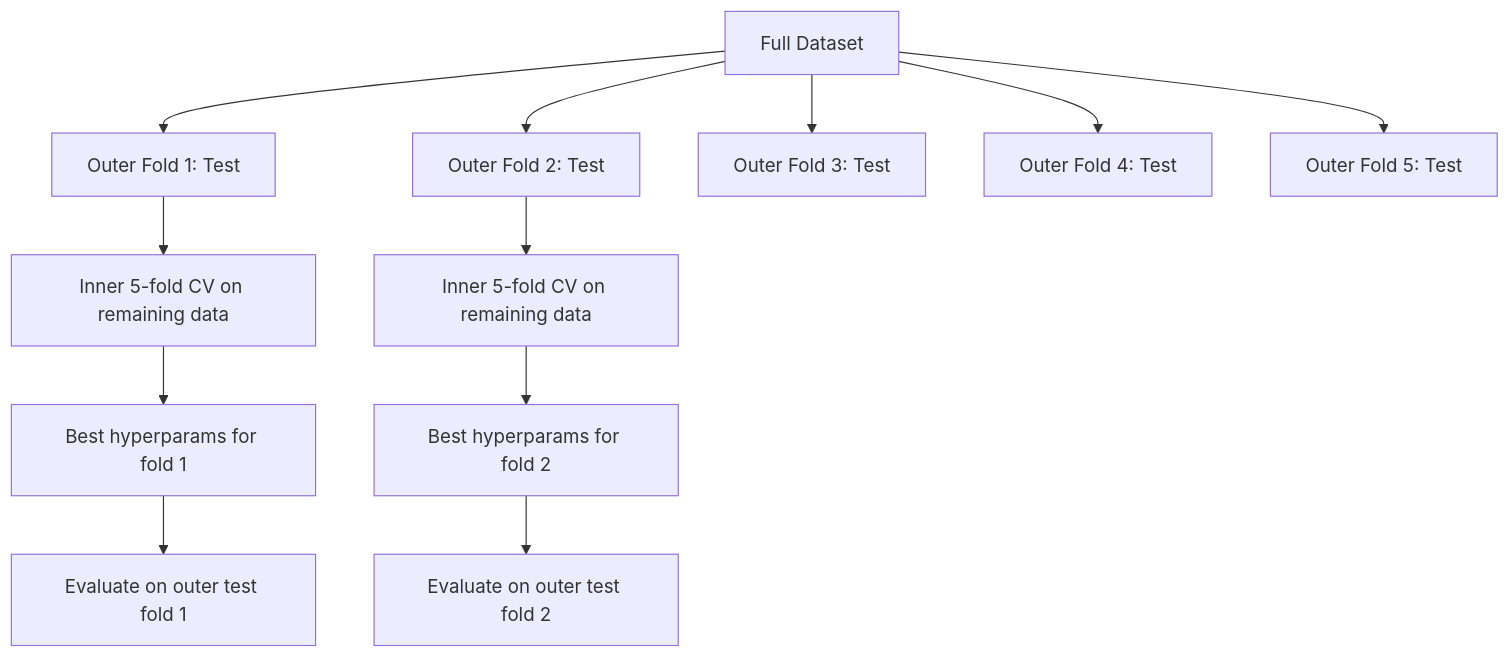
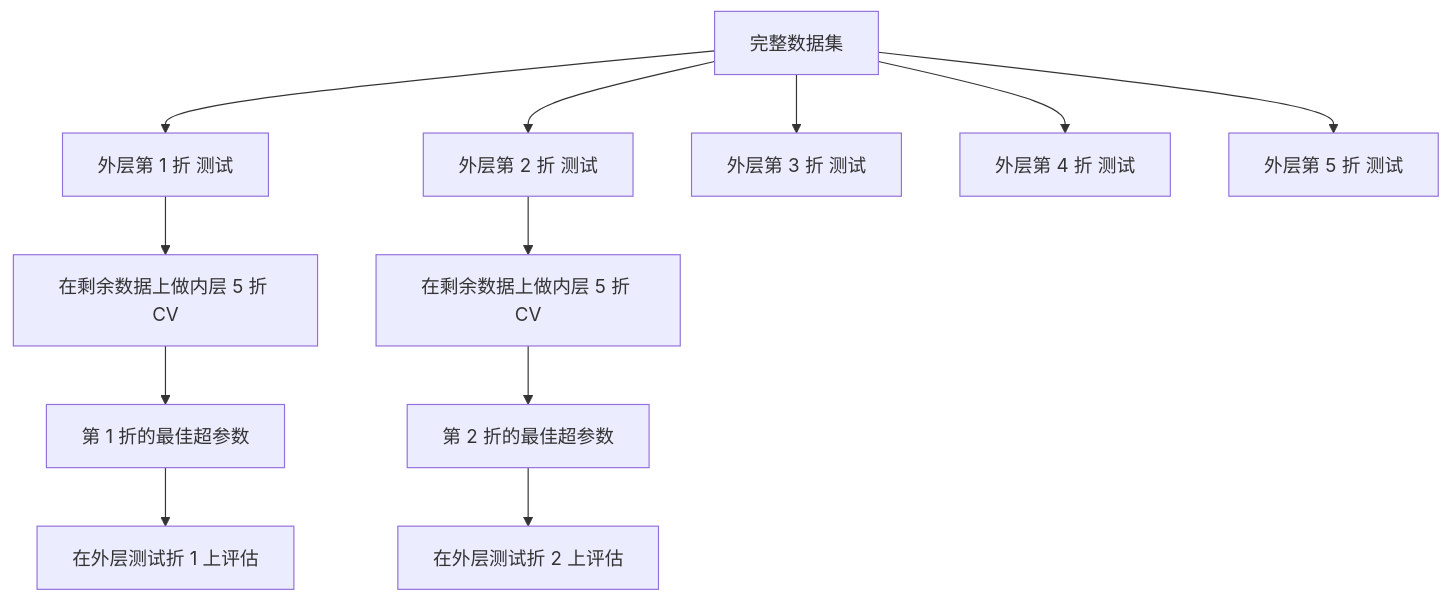
The fourth of 4 diagrams in phases/02-ml-fundamentals/12-hyperparameter-tuning/docs/zh.md (JerryC8080/ai-engineering-from-scratch-zh), drawn with Mermaid before and after one commit. The commit also changed other lines of this file and 156 other files, not shown here.

First line of the commit message:
i18n(zh): translate mermaid diagram labels in 157 lesson zh.md

````diff
--- a/phases/02-ml-fundamentals/12-hyperparameter-tuning/docs/zh.md
+++ b/phases/02-ml-fundamentals/12-hyperparameter-tuning/docs/zh.md
@@ -182,16 +182,16 @@
 ```mermaid
 flowchart TD
-    D[Full Dataset] --> O1[Outer Fold 1: Test]
-    D --> O2[Outer Fold 2: Test]
-    D --> O3[Outer Fold 3: Test]
-    D --> O4[Outer Fold 4: Test]
-    D --> O5[Outer Fold 5: Test]
+    D[完整数据集] --> O1[外层第 1 折 测试]
+    D --> O2[外层第 2 折 测试]
+    D --> O3[外层第 3 折 测试]
+    D --> O4[外层第 4 折 测试]
+    D --> O5[外层第 5 折 测试]
 
-    O1 --> I1[Inner 5-fold CV on remaining data]
-    I1 --> T1[Best hyperparams for fold 1]
-    T1 --> E1[Evaluate on outer test fold 1]
+    O1 --> I1[在剩余数据上做内层 5 折 CV]
+    I1 --> T1[第 1 折的最佳超参数]
+    T1 --> E1[在外层测试折 1 上评估]
 
-    O2 --> I2[Inner 5-fold CV on remaining data]
-    I2 --> T2[Best hyperparams for fold 2]
-    T2 --> E2[Evaluate on outer test fold 2]
+    O2 --> I2[在剩余数据上做内层 5 折 CV]
+    I2 --> T2[第 2 折的最佳超参数]
+    T2 --> E2[在外层测试折 2 上评估]
 ```
````
